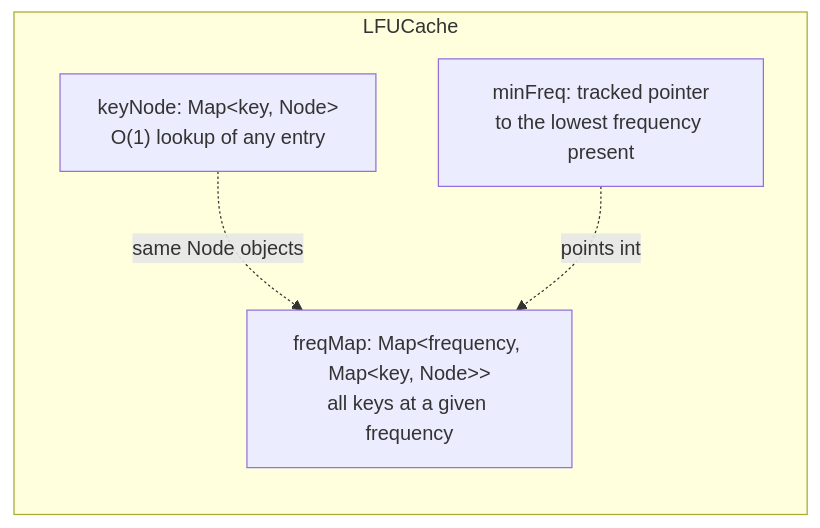
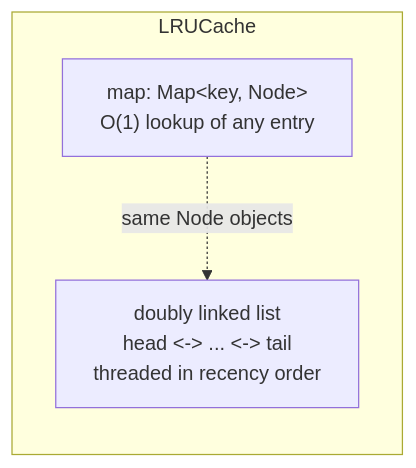
One commit to dipakpm59/url-shortener changed the first of 2 diagrams in docs/CACHE.md. Above: the diagram before and after it, drawn with Mermaid. The commit also changed other lines of this file and 10 other files, not shown here.

````diff
--- a/docs/CACHE.md
+++ b/docs/CACHE.md
@@ -21,10 +21,8 @@
 ```mermaid
 flowchart LR
-    subgraph LFUCache
-        KN["keyNode: Map&lt;key, Node&gt;<br/>O(1) lookup of any entry"]
-        FM["freqMap: Map&lt;frequency, Map&lt;key, Node&gt;&gt;<br/>all keys at a given frequency"]
-        MF["minFreq: tracked pointer<br/>to the lowest frequency present"]
+    subgraph LRUCache
+        M["map: Map&lt;key, Node&gt;<br/>O(1) lookup of any entry"]
+        DLL["doubly linked list<br/>head &lt;-&gt; ... &lt;-&gt; tail<br/>threaded in recency order"]
     end
-    KN -.same Node objects.-> FM
-    MF -.points into.-> FM
+    M -.same Node objects.-> DLL
 ```
````
